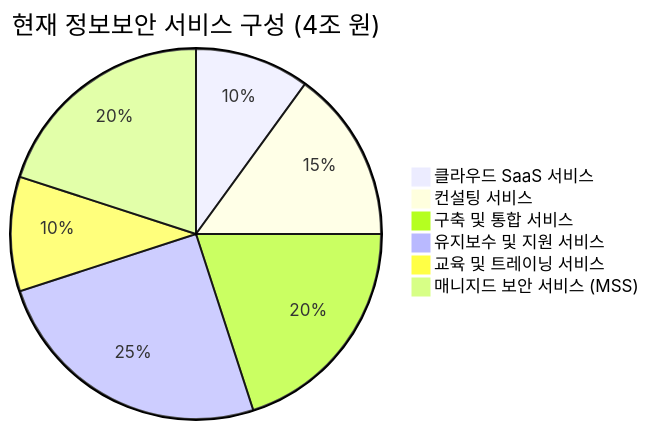
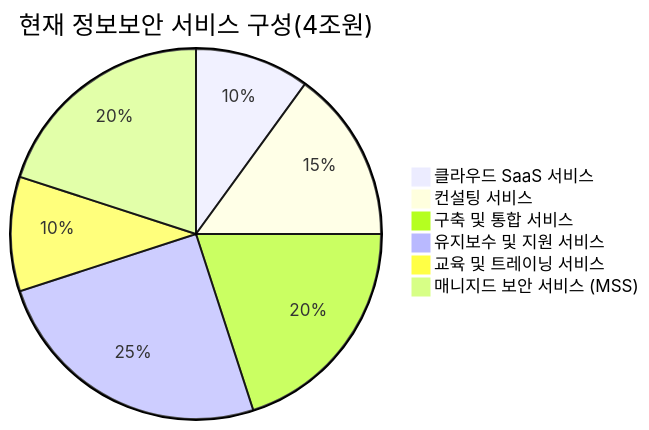
One commit to QubitSecurity/Market changed the first of 4 diagrams in kr/forecast.md. Above: the diagram before and after it, drawn with Mermaid. The commit also changed other lines of this file, not shown here.

````diff
--- a/kr/forecast.md
+++ b/kr/forecast.md
@@ -24,9 +24,9 @@
 ```mermaid
-pie title 현재 정보보안 서비스 구성 (4조 원)
+pie title 현재 정보보안 서비스 구성(4조원)
     "클라우드 SaaS 서비스" : 10
     "컨설팅 서비스" : 15
     "구축 및 통합 서비스" : 20
     "유지보수 및 지원 서비스" : 25
     "교육 및 트레이닝 서비스" : 10
     "매니지드 보안 서비스 (MSS)" : 20
 ```
````
